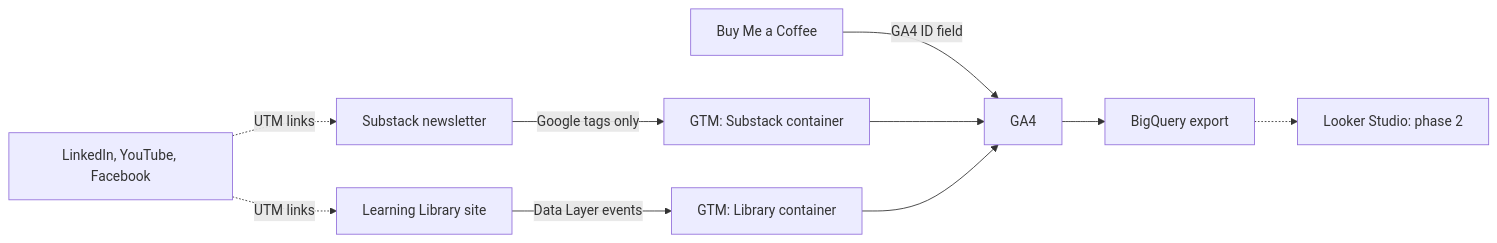
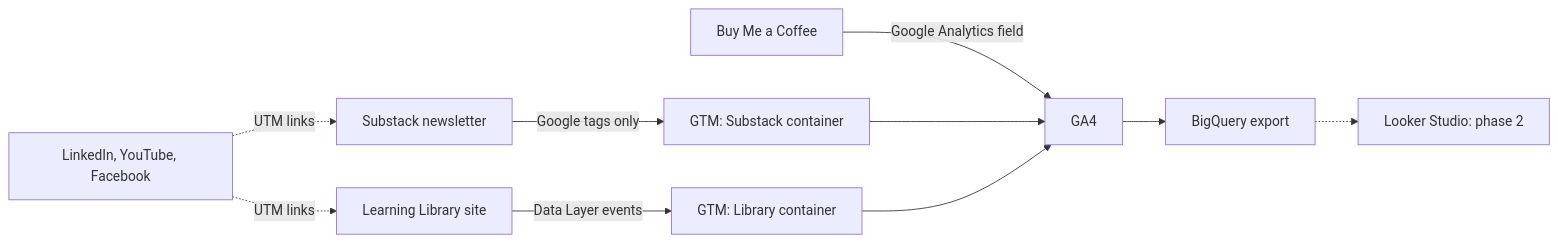
The diagram in README.md (tuhoang3112/zoe-learning-library), drawn with Mermaid before and after one commit. The commit also changed other lines of this file, not shown here.

Commit message:
Docs: state only what has been validated (#25)
Claude-Session: https://claude.ai/code/session_01Lemh14GpyJ2oryFrdZLq9v

````diff
--- a/README.md
+++ b/README.md
@@ -5,12 +5,12 @@
 ```mermaid
 flowchart LR
     SUB[Substack newsletter] -->|Google tags only| GTM1[GTM: Substack container]
     LIB[Learning Library site] -->|Data Layer events| GTM2[GTM: Library container]
-    BMC[Buy Me a Coffee] -->|GA4 ID field| GA4
+    BMC[Buy Me a Coffee] -->|Google Analytics field| GA4
     SOC[LinkedIn, YouTube, Facebook] -.->|UTM links| SUB
     SOC -.->|UTM links| LIB
     GTM1 --> GA4[GA4]
     GTM2 --> GA4
     GA4 --> BQ[BigQuery export]
     BQ -.-> LS[Looker Studio: phase 2]
 ```
````
